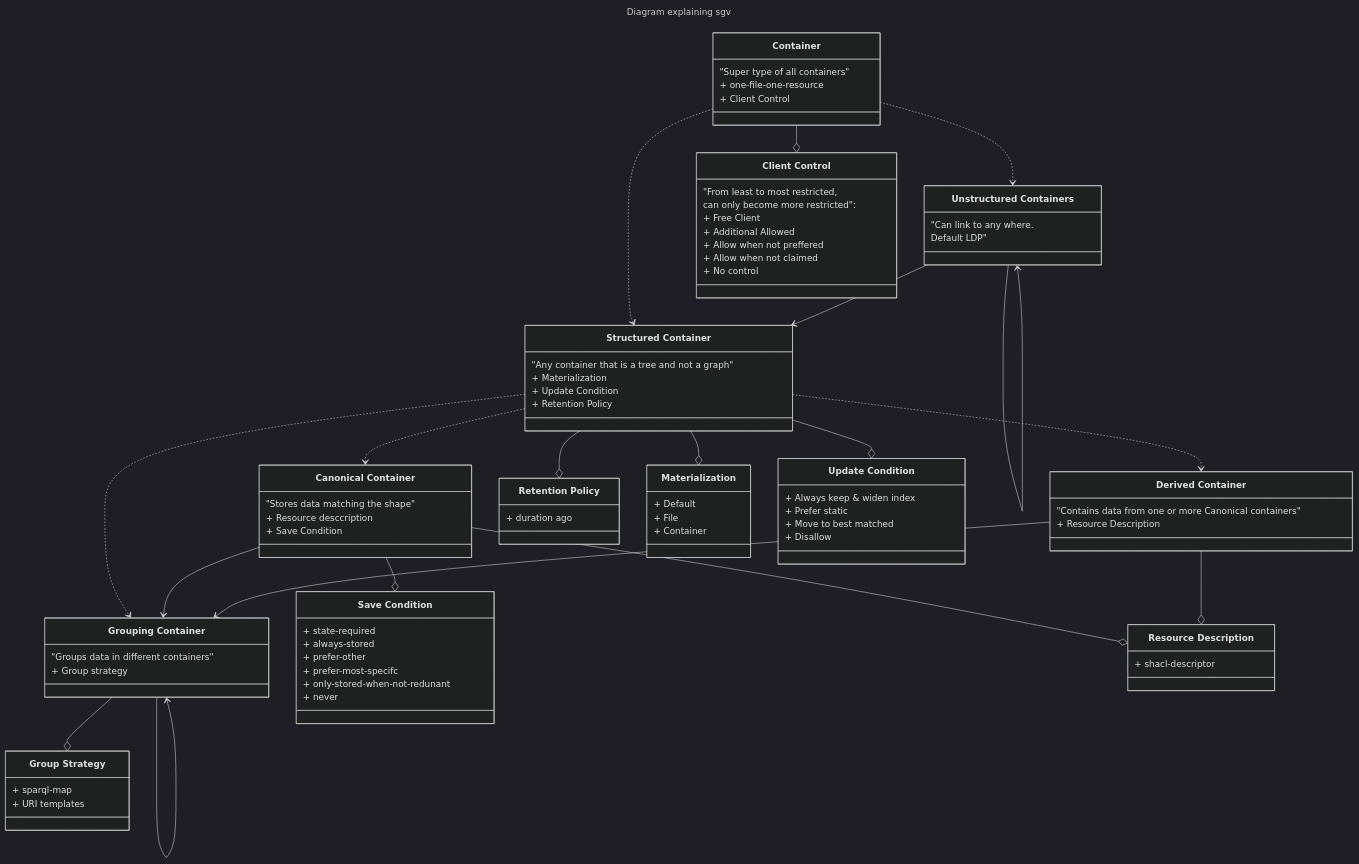
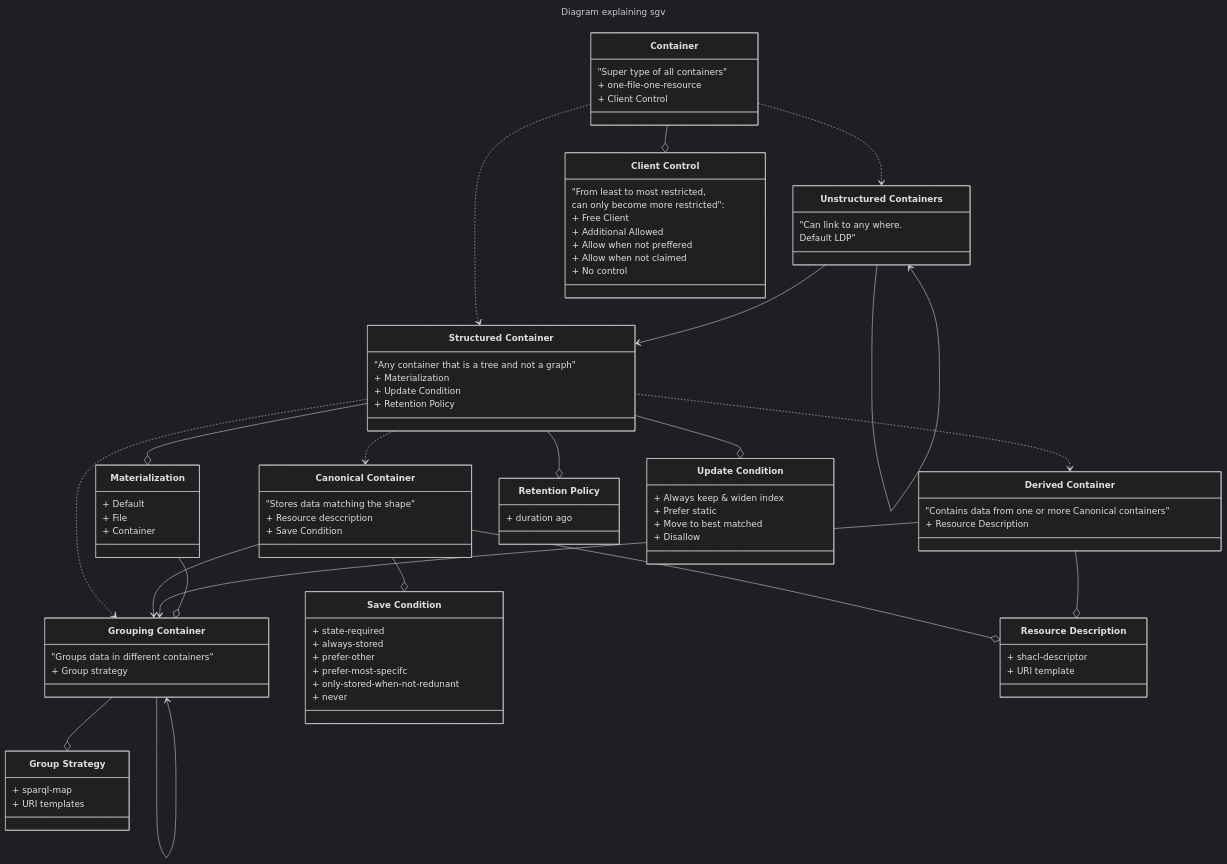
The second of 2 diagrams in solution/storage-guidance-vocabulary/index.md (jitsedesmet/thesis), drawn with Mermaid (dark theme) before and after one commit. The commit also changed 1 other file, not shown here.

Commit message:
a go at sgv practical

```diff
--- a/solution/storage-guidance-vocabulary/index.md
+++ b/solution/storage-guidance-vocabulary/index.md
@@ -99,6 +99,7 @@
   }
 
   GC --> GC
+  M --o GC
   class GC["Grouping Container"] {
     "Groups data in different containers"
     + Group strategy
@@ -137,6 +138,7 @@
   DC --o RD
   class RD["Resource Description"] {
     + shacl-descriptor
+    + URI template
   }
 
   SC --o UCond
```
